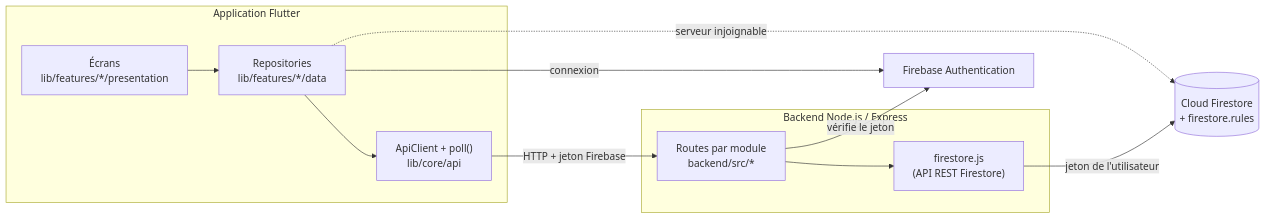
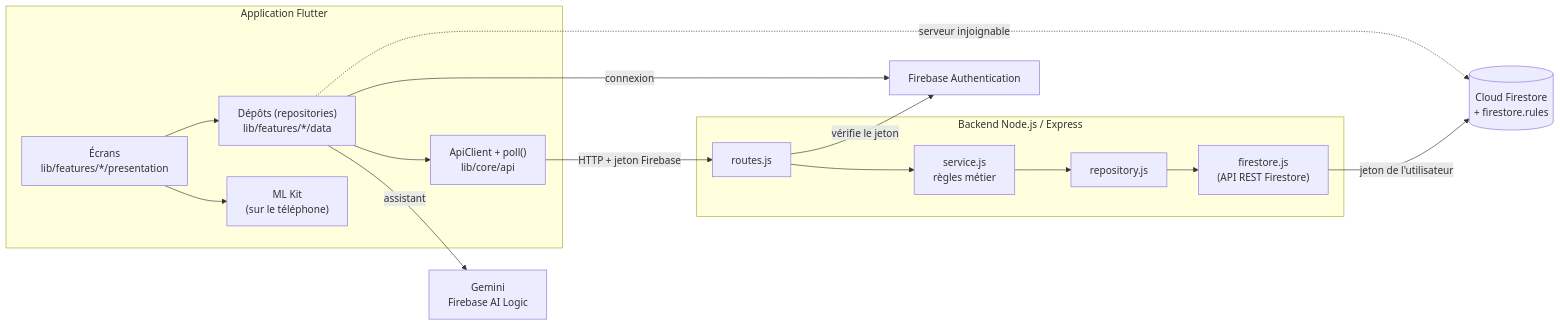
The diagram in docs/PROJET_PETCARE.md (chaimabarket/PetCare), drawn with Mermaid before and after one commit. The commit also changed other lines of this file and 10 other files, not shown here.

````diff
--- a/docs/PROJET_PETCARE.md
+++ b/docs/PROJET_PETCARE.md
@@ -55,23 +60,27 @@
 ```mermaid
 flowchart LR
   subgraph App["Application Flutter"]
     Screens["Écrans<br/>lib/features/*/presentation"]
-    Repos["Repositories<br/>lib/features/*/data"]
+    Repos["Dépôts (repositories)<br/>lib/features/*/data"]
     Api["ApiClient + poll()<br/>lib/core/api"]
+    Kit["ML Kit<br/>(sur le téléphone)"]
   end
   subgraph Server["Backend Node.js / Express"]
-    Routes["Routes par module<br/>backend/src/*"]
+    Routes["routes.js"] --> Service["service.js<br/>règles métier"] --> Repo["repository.js"]
     FsRest["firestore.js<br/>(API REST Firestore)"]
   end
   Auth["Firebase Authentication"]
   DB[("Cloud Firestore<br/>+ firestore.rules")]
+  AI["Gemini<br/>Firebase AI Logic"]
 
   Screens --> Repos
+  Screens --> Kit
   Repos --> Api
   Repos -. "serveur injoignable" .-> DB
   Repos -- "connexion" --> Auth
+  Repos -- "assistant" --> AI
   Api -- "HTTP + jeton Firebase" --> Routes
   Routes -- "vérifie le jeton" --> Auth
-  Routes --> FsRest
+  Repo --> FsRest
   FsRest -- "jeton de l'utilisateur" --> DB
 ```
````
